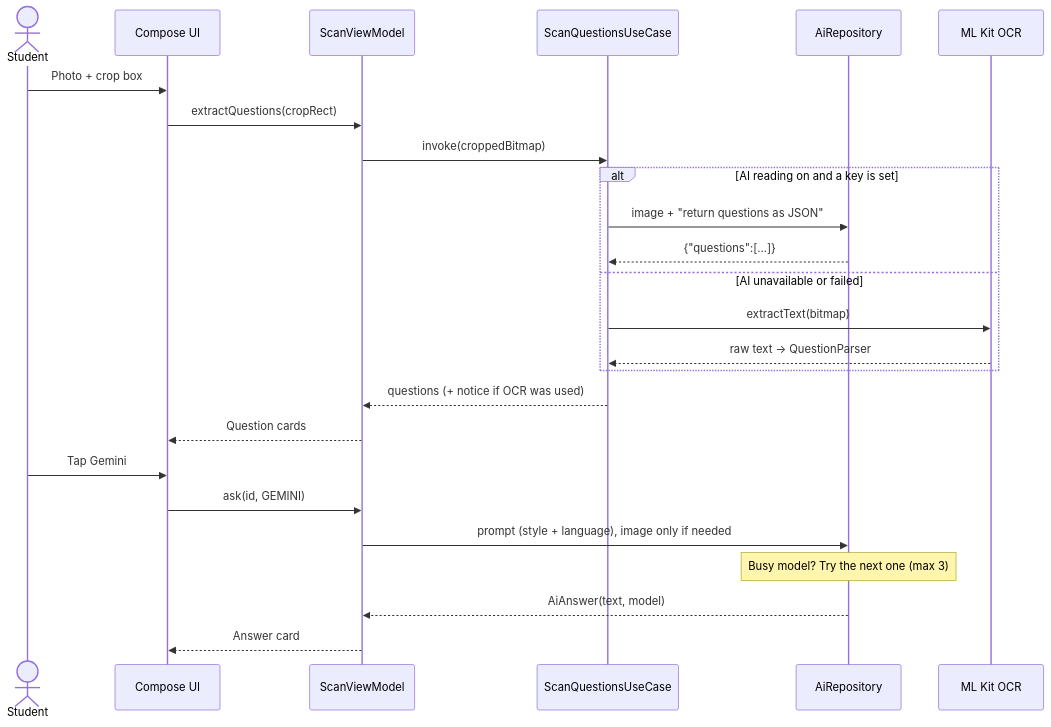
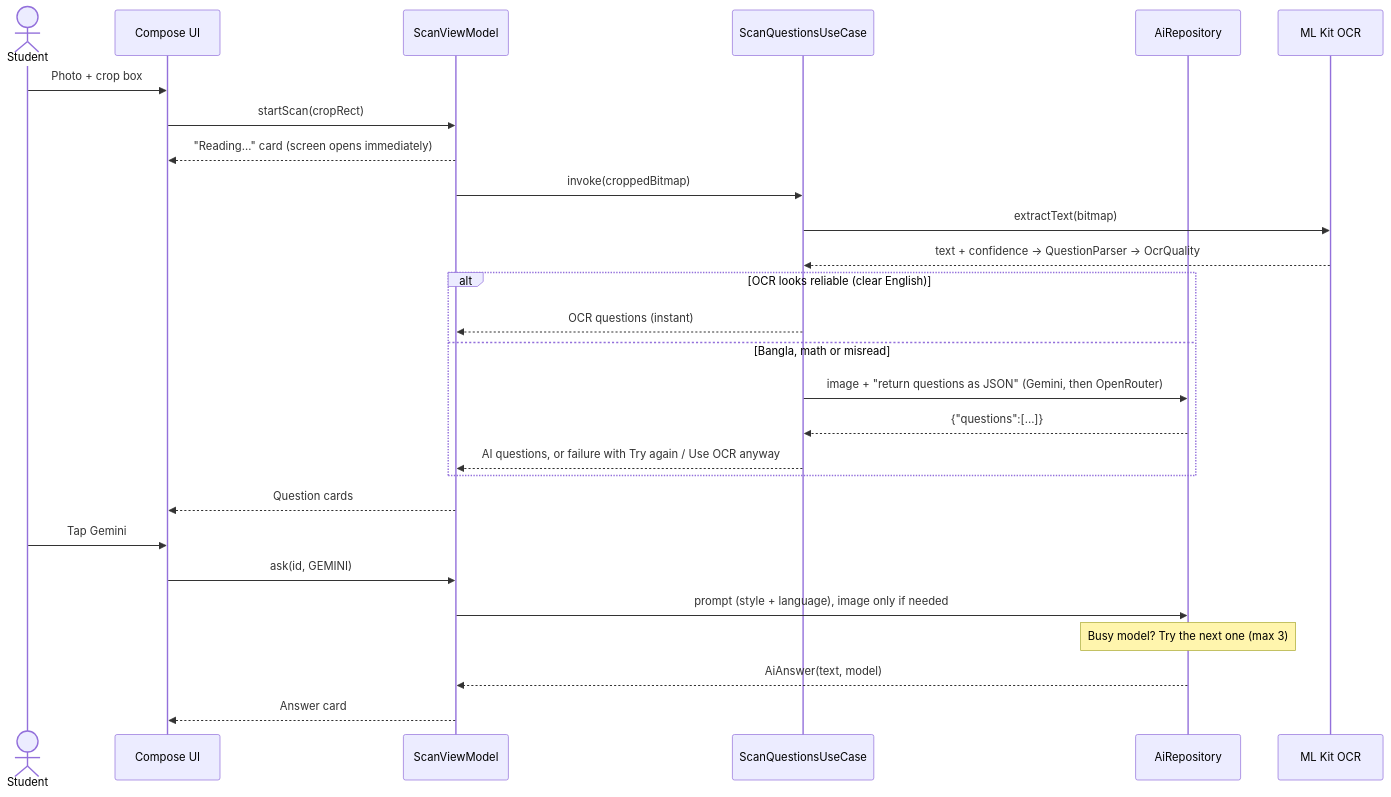
The second of 2 diagrams in README.md (sbfrusho/AiStuddyBuddy), drawn with Mermaid before and after one commit. The commit also changed other lines of this file and 31 other files, not shown here.

Commit message:
new update : AI assistant reader is now updated, gemini can read questions and add options for mcq effectively

````diff
--- a/README.md
+++ b/README.md
@@ -132,28 +133,30 @@
 ```mermaid
 sequenceDiagram
     actor Student
     participant UI as Compose UI
     participant VM as ScanViewModel
     participant Scan as ScanQuestionsUseCase
     participant AI as AiRepository
     participant OCR as ML Kit OCR
 
     Student->>UI: Photo + crop box
-    UI->>VM: extractQuestions(cropRect)
+    UI->>VM: startScan(cropRect)
+    VM-->>UI: "Reading…" card (screen opens immediately)
     VM->>Scan: invoke(croppedBitmap)
-    alt AI reading on and a key is set
-        Scan->>AI: image + "return questions as JSON"
+    Scan->>OCR: extractText(bitmap)
+    OCR-->>Scan: text + confidence → QuestionParser → OcrQuality
+    alt OCR looks reliable (clear English)
+        Scan-->>VM: OCR questions (instant)
+    else Bangla, math or misread
+        Scan->>AI: image + "return questions as JSON" (Gemini, then OpenRouter)
         AI-->>Scan: {"questions":[...]}
-    else AI unavailable or failed
-        Scan->>OCR: extractText(bitmap)
-        OCR-->>Scan: raw text → QuestionParser
+        Scan-->>VM: AI questions, or failure with Try again / Use OCR anyway
     end
-    Scan-->>VM: questions (+ notice if OCR was used)
     VM-->>UI: Question cards
     Student->>UI: Tap Gemini
     UI->>VM: ask(id, GEMINI)
     VM->>AI: prompt (style + language), image only if needed
     Note over AI: Busy model? Try the next one (max 3)
     AI-->>VM: AiAnswer(text, model)
     VM-->>UI: Answer card
 ```
````
